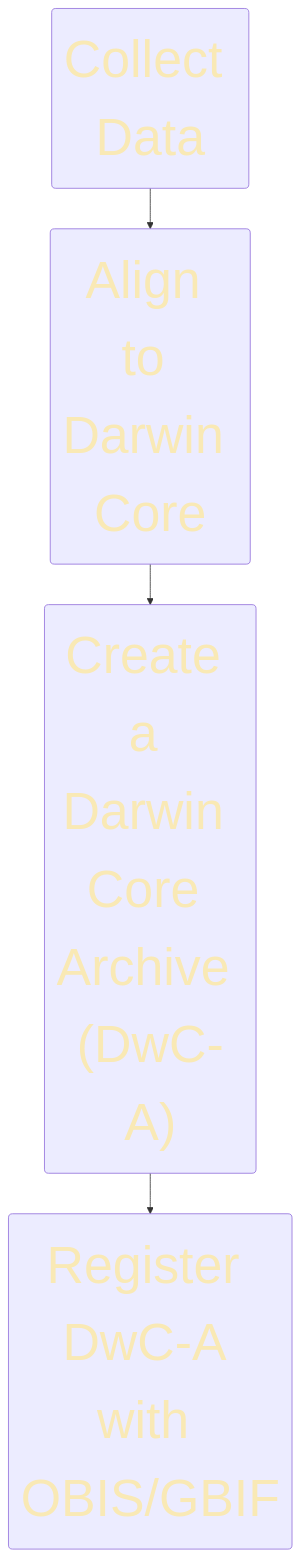
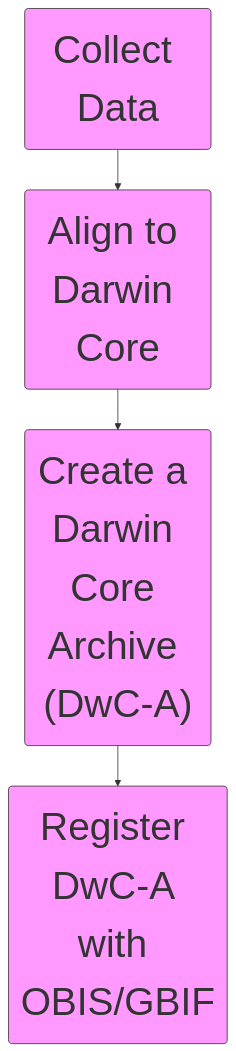
One commit to sformel-usgs/talks changed the diagram in noaa_omics_seminar/noaa_omics_seminar_2024-04-17.qmd. Above: the diagram before and after it, drawn with Mermaid. The commit also changed other lines of this file and 2099 other files, not shown here.

````diff
--- a/noaa_omics_seminar/noaa_omics_seminar_2024-04-17.qmd
+++ b/noaa_omics_seminar/noaa_omics_seminar_2024-04-17.qmd
@@ -440,14 +437,14 @@
 ```{mermaid}
 
 flowchart TB
    
     collect("Collect Data")
     align("Align to Darwin Core")
     create("Create a Darwin Core Archive (DwC-A)")
     register("Register DwC-A with OBIS/GBIF")
     
     collect-->align-->create-->register
 
-    classDef default color:#F9E9B5,font-size:48pt;
-  
+    classDef default fill:#f9f,stroke:#333,stroke-width:1px,font-size:48px;
+    
 ```
````
